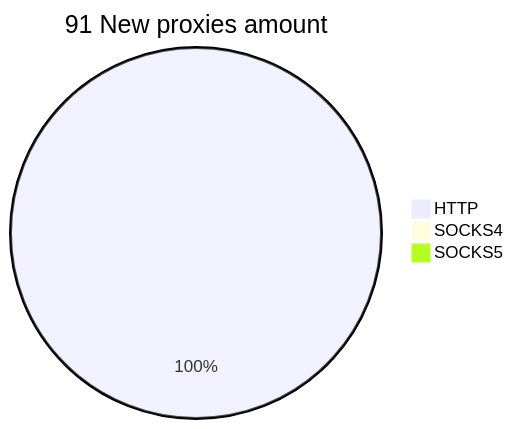
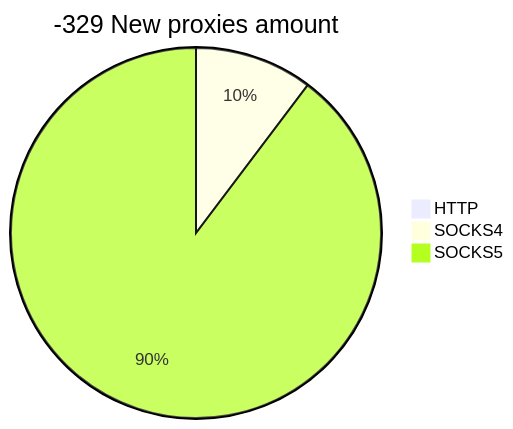
One commit to cutipu/proxylist changed the second of 2 diagrams in README.md. Above: the diagram before and after it, drawn with Mermaid. The commit also changed other lines of this file, not shown here.

````diff
--- a/README.md
+++ b/README.md
@@ -10,6 +10,6 @@
 ```mermaid
-pie title 91 New proxies amount
-    "HTTP" : 232
-    "SOCKS4" : 0
-    "SOCKS5" : 0
+pie title -329 New proxies amount
+    "HTTP" : 0
+    "SOCKS4" : 7
+    "SOCKS5" : 61
 ```
````
